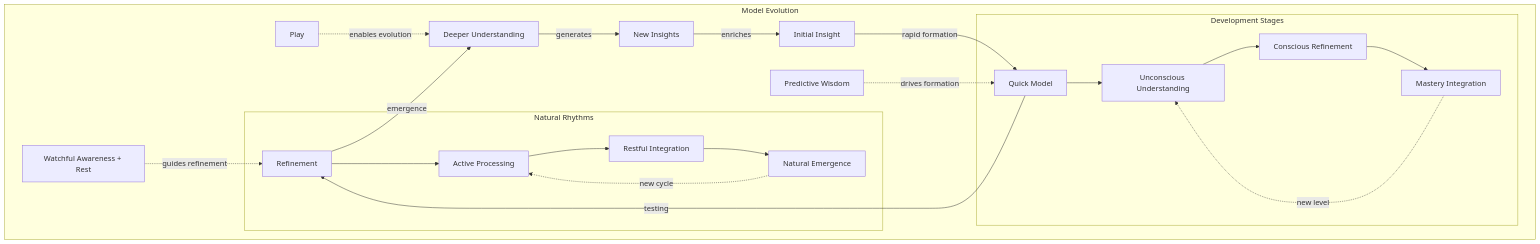
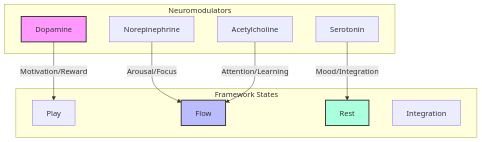
The ninth of 52 diagrams in README.md (phillipclapham/neuroweaver), drawn with Mermaid before and after one commit. The commit also changed other lines of this file and 4 other files, not shown here.

Commit message:
v0.2.0-flow

````diff
--- a/README.md
+++ b/README.md
@@ -928,28 +3350,25 @@
 ```mermaid
 graph TD
-    subgraph "Model Evolution"
-        I[Initial Insight] -->|rapid formation| Q[Quick Model]
-        Q -->|testing| R[Refinement]
-        R -->|emergence| D[Deeper Understanding]
-        D -->|generates| N[New Insights]
-        N -->|enriches| I
+    subgraph "Neuromodulators"
+        DA[Dopamine]
+        NE[Norepinephrine]
+        ACh[Acetylcholine]
+        5HT[Serotonin]
+    end
 
-        PW[Predictive Wisdom] -.->|drives formation| Q
-        WA_R[Watchful Awareness + Rest] -.->|guides refinement| R
-        Play[Play] -.->|enables evolution| D
+    subgraph "Framework States"
+        P[Play]
+        F[Flow]
+        R[Rest]
+        I[Integration]
+    end
 
-        subgraph "Development Stages"
-            Q --> U[Unconscious Understanding]
-            U --> C[Conscious Refinement]
-            C --> M[Mastery Integration]
-            M -.->|new level| U
-        end
+    DA -->|Motivation/Reward| P
+    NE -->|Arousal/Focus| F
+    ACh -->|Attention/Learning| F
+    5HT -->|Mood/Integration| R
 
-        subgraph "Natural Rhythms"
-            R --> AP[Active Processing]
-            AP --> RI[Restful Integration]
-            RI --> NE[Natural Emergence]
-            NE -.->|new cycle| AP
-        end
-    end
+    style DA fill:#f9f,stroke:#333,stroke-width:2px
+    style F fill:#bbf,stroke:#333,stroke-width:2px
+    style R fill:#afd,stroke:#333,stroke-width:2px
 ```
````
